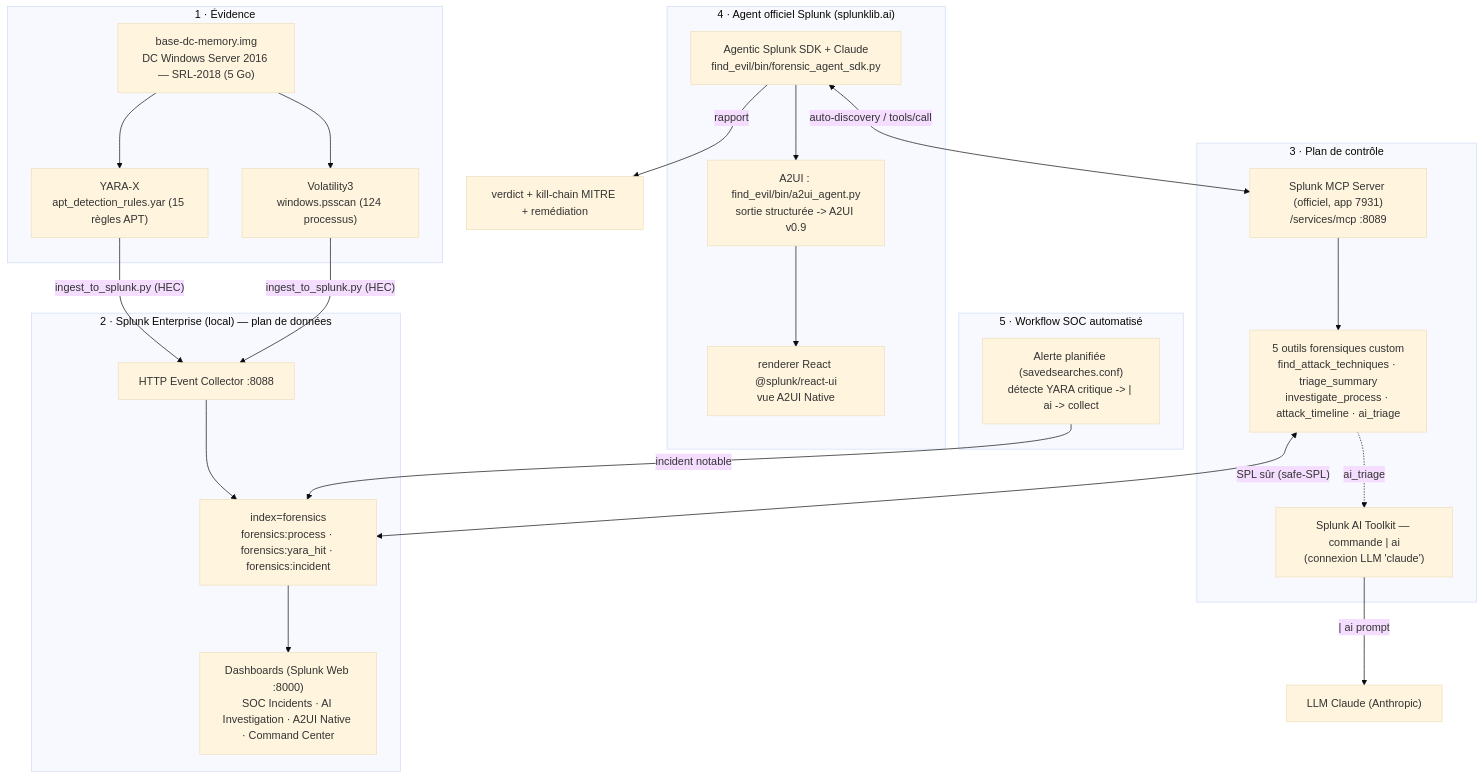
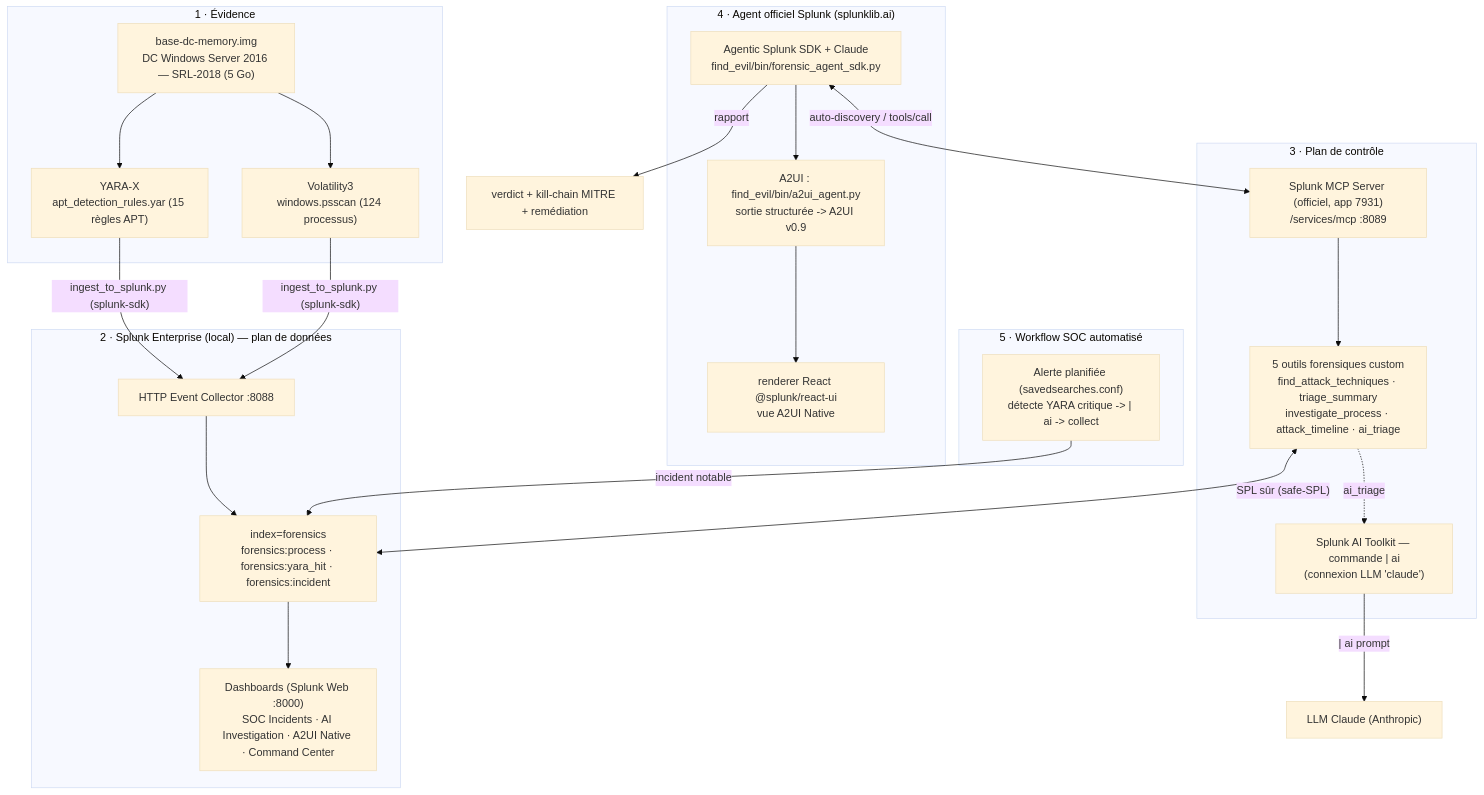
The diagram in ARCHITECTURE.md (julien2613/find-evil-splunk), drawn with Mermaid (base theme) before and after one commit. The commit also changed other lines of this file and 1 other file, not shown here.

Commit message:
docs: diagrammes ingestion via splunk-sdk (au lieu de HEC)

````diff
--- a/ARCHITECTURE.md
+++ b/ARCHITECTURE.md
@@ -9,42 +9,42 @@
 ```mermaid
 flowchart TB
     subgraph EV["1 · Évidence"]
         IMG["base-dc-memory.img<br/>DC Windows Server 2016 — SRL-2018 (5 Go)"]
         YARA["YARA-X<br/>apt_detection_rules.yar (15 règles APT)"]
         VOL["Volatility3<br/>windows.psscan (124 processus)"]
         IMG --> YARA & VOL
     end
 
     subgraph SPL["2 · Splunk Enterprise (local) — plan de données"]
         HEC["HTTP Event Collector :8088"]
         IDX["index=forensics<br/>forensics:process · forensics:yara_hit · forensics:incident"]
         DASH["Dashboards (Splunk Web :8000)<br/>SOC Incidents · AI Investigation · A2UI Native · Command Center"]
         HEC --> IDX --> DASH
     end
 
     subgraph MCP["3 · Plan de contrôle"]
         SRV["Splunk MCP Server (officiel, app 7931)<br/>/services/mcp :8089"]
         TOOLS["5 outils forensiques custom<br/>find_attack_techniques · triage_summary<br/>investigate_process · attack_timeline · ai_triage"]
         AITK["Splunk AI Toolkit — commande | ai<br/>(connexion LLM 'claude')"]
         SRV --> TOOLS
         TOOLS -. "ai_triage" .-> AITK
     end
 
     subgraph AGENT["4 · Agent officiel Splunk (splunklib.ai)"]
         SDK["Agentic Splunk SDK + Claude<br/>find_evil/bin/forensic_agent_sdk.py"]
         A2AGENT["A2UI : find_evil/bin/a2ui_agent.py<br/>sortie structurée -> A2UI v0.9"]
         REACT["renderer React @splunk/react-ui<br/>vue A2UI Native"]
         SDK --> A2AGENT --> REACT
     end
 
     subgraph WF["5 · Workflow SOC automatisé"]
         ALERT["Alerte planifiée (savedsearches.conf)<br/>détecte YARA critique -> | ai -> collect"]
     end
 
-    YARA & VOL -->|"ingest_to_splunk.py (HEC)"| HEC
+    YARA & VOL -->|"ingest_to_splunk.py (splunk-sdk)"| HEC
     TOOLS <-->|"SPL sûr (safe-SPL)"| IDX
     AITK -->|"| ai prompt"| LLM["LLM Claude (Anthropic)"]
     SDK <-->|"auto-discovery / tools/call"| SRV
     ALERT -->|"incident notable"| IDX
     SDK -->|rapport| OUT["verdict + kill-chain MITRE + remédiation"]
 ```
````
